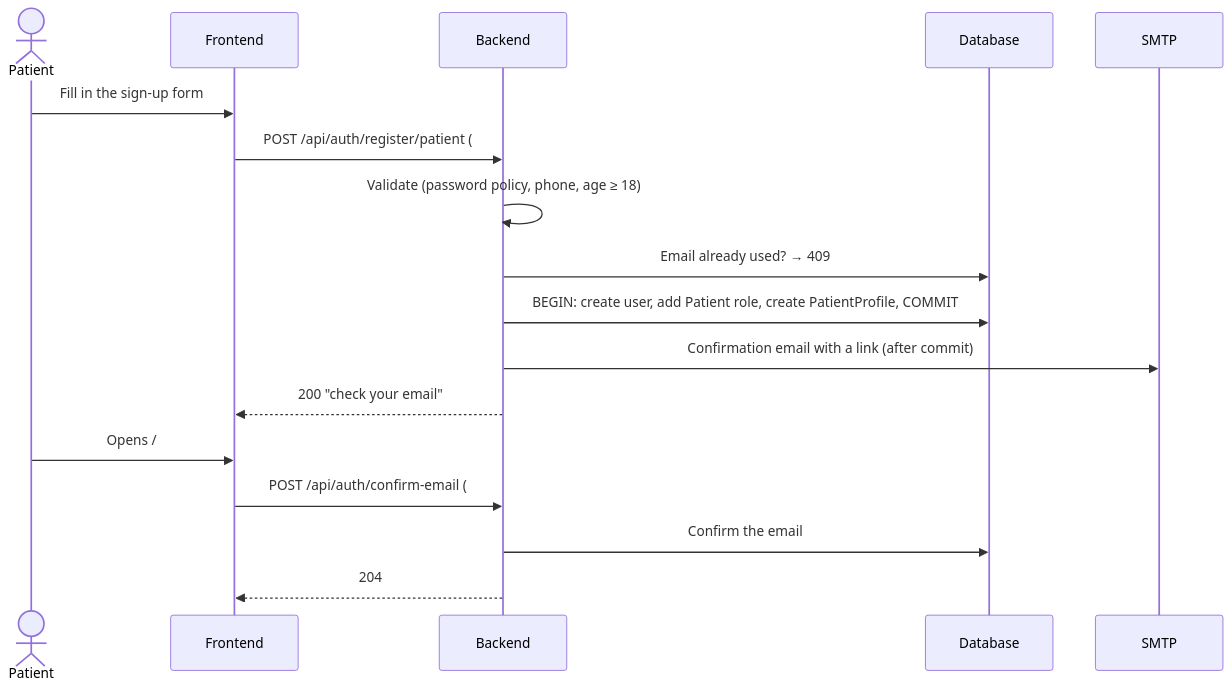
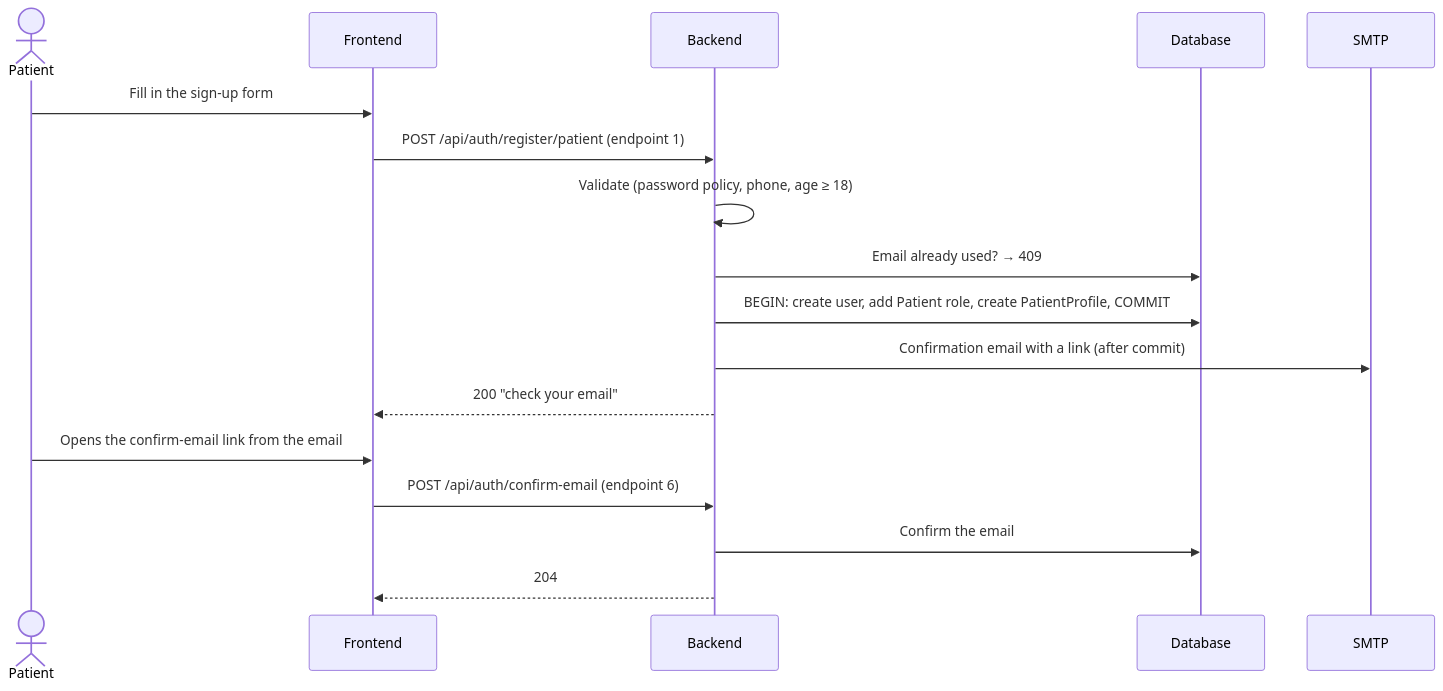
One commit to S3d0o/ClinicFlow-Backend changed the fourth of 12 diagrams in docs/V1_GUIDE.md. Above: the diagram before and after it, drawn with Mermaid. The commit also changed other lines of this file, not shown here.

First line of the commit message:
Fix the doctor-approval diagram in the V1 guide

````diff
--- a/docs/V1_GUIDE.md
+++ b/docs/V1_GUIDE.md
@@ -237,20 +237,20 @@
 ```mermaid
 sequenceDiagram
     actor P as Patient
     participant FE as Frontend
     participant API as Backend
     participant DB as Database
     participant Mail as SMTP
 
     P->>FE: Fill in the sign-up form
-    FE->>API: POST /api/auth/register/patient (#1)
+    FE->>API: POST /api/auth/register/patient (endpoint 1)
     API->>API: Validate (password policy, phone, age ≥ 18)
     API->>DB: Email already used? → 409
     API->>DB: BEGIN: create user, add Patient role, create PatientProfile, COMMIT
     API->>Mail: Confirmation email with a link (after commit)
     API-->>FE: 200 "check your email"
-    P->>FE: Opens /#/confirm-email?userId=…&token=…
-    FE->>API: POST /api/auth/confirm-email (#6)
+    P->>FE: Opens the confirm-email link from the email
+    FE->>API: POST /api/auth/confirm-email (endpoint 6)
     API->>DB: Confirm the email
     API-->>FE: 204
 ```
````
